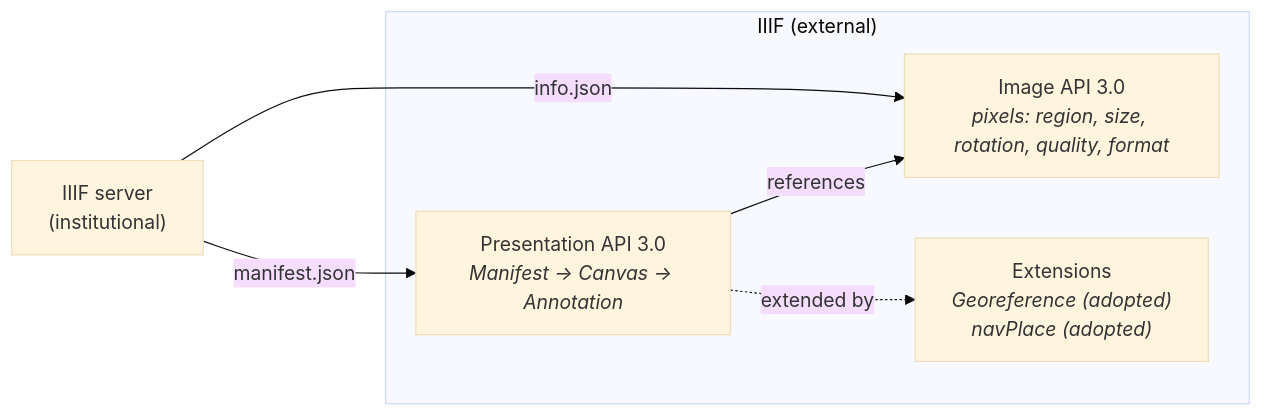
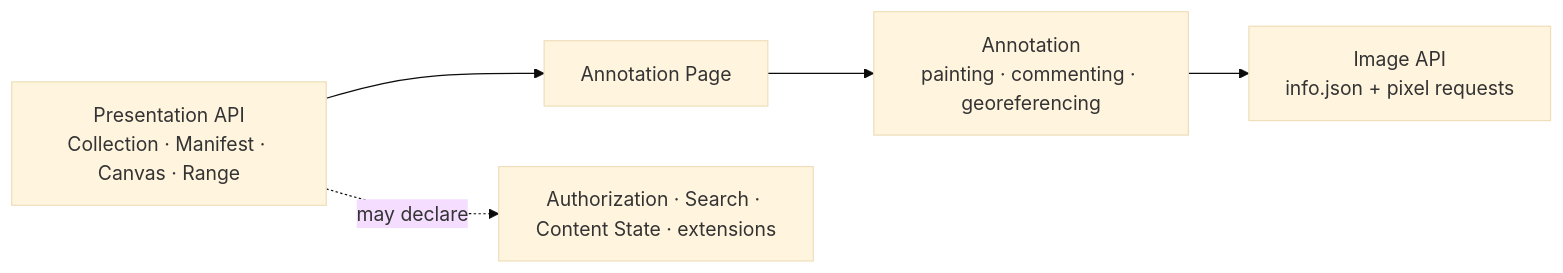
Before and after one commit to bartytime4life/Kansas-Frontier-Matrix: the first of 2 diagrams in docs/standards/IIIF.md, drawn with Mermaid (base theme). The commit also changed other lines of this file, not shown here.

Commit message:
docs(standards): ground IIIF guidance in current evidence

````diff
--- a/docs/standards/IIIF.md
+++ b/docs/standards/IIIF.md
@@ -125,12 +260,7 @@
 ```mermaid
 flowchart LR
-    subgraph IIIF["IIIF (external)"]
-        IM["Image API 3.0<br/><i>pixels: region, size, rotation, quality, format</i>"]
-        PR["Presentation API 3.0<br/><i>Manifest → Canvas → Annotation</i>"]
-        EXT["Extensions<br/><i>Georeference (adopted)</i><br/><i>navPlace (adopted)</i>"]
-    end
-    SERVER["IIIF server<br/>(institutional)"] -- info.json --> IM
-    SERVER -- manifest.json --> PR
-    PR -- references --> IM
-    PR -. extended by .-> EXT
+    P["Presentation API<br/>Collection · Manifest · Canvas · Range"] --> A["Annotation Page"]
+    A --> N["Annotation<br/>painting · commenting · georeferencing"]
+    N --> I["Image API<br/>info.json + pixel requests"]
+    P -. may declare .-> S["Authorization · Search · Content State · extensions"]
 ```
````
